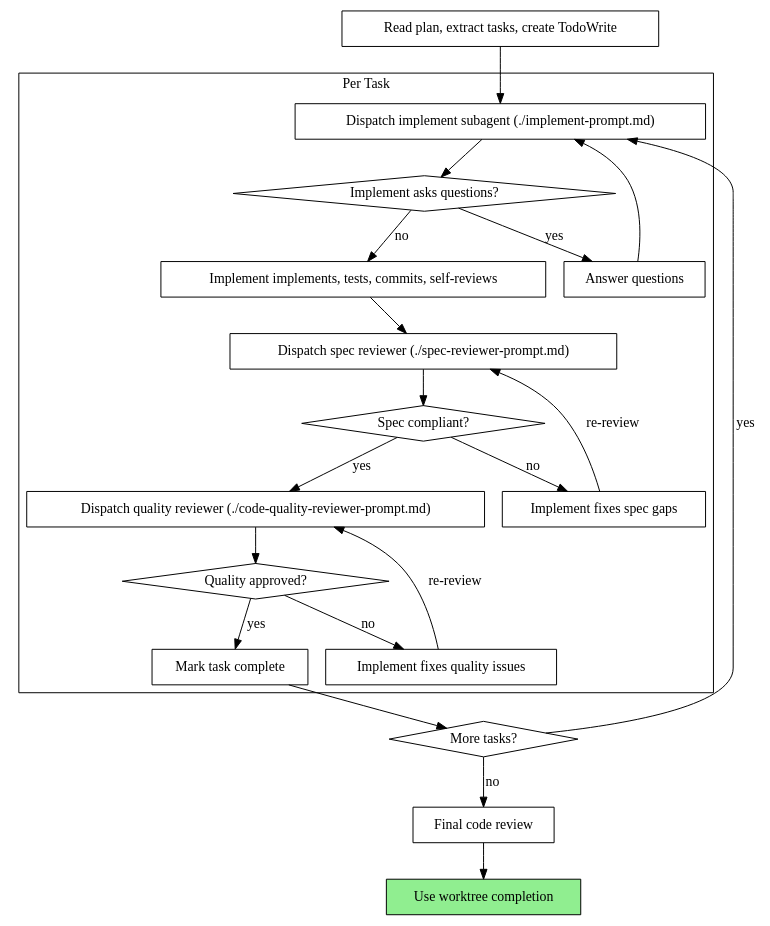
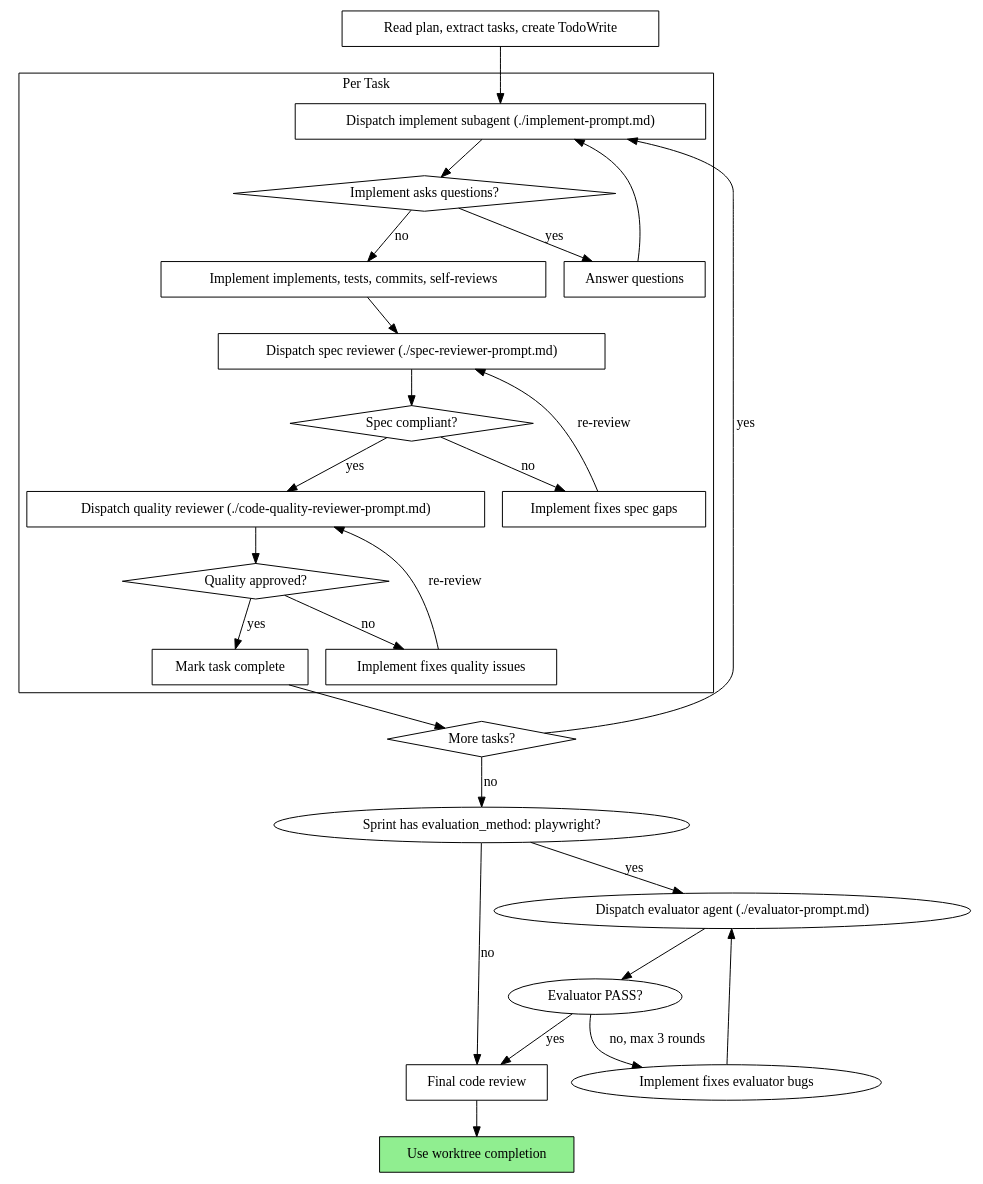
The second of 2 diagrams in skills/execute-flow/SKILL.md (cyanprot/magnusprot), drawn with Graphviz before and after one commit. The commit also changed other lines of this file and 2 other files, not shown here.

First line of the commit message:
feat: Phase 4 — add evaluator agent for Playwright black-box testing

````diff
--- a/skills/execute-flow/SKILL.md
+++ b/skills/execute-flow/SKILL.md
@@ -113,44 +113,50 @@
 ```dot
 digraph process {
     rankdir=TB;
 
     subgraph cluster_per_task {
         label="Per Task";
         "Dispatch implement subagent (./implement-prompt.md)" [shape=box];
         "Implement asks questions?" [shape=diamond];
         "Answer questions" [shape=box];
         "Implement implements, tests, commits, self-reviews" [shape=box];
         "Dispatch spec reviewer (./spec-reviewer-prompt.md)" [shape=box];
         "Spec compliant?" [shape=diamond];
         "Implement fixes spec gaps" [shape=box];
         "Dispatch quality reviewer (./code-quality-reviewer-prompt.md)" [shape=box];
         "Quality approved?" [shape=diamond];
         "Implement fixes quality issues" [shape=box];
         "Mark task complete" [shape=box];
     }
 
     "Read plan, extract tasks, create TodoWrite" [shape=box];
     "More tasks?" [shape=diamond];
     "Final code review" [shape=box];
     "Use worktree completion" [shape=box style=filled fillcolor=lightgreen];
 
     "Read plan, extract tasks, create TodoWrite" -> "Dispatch implement subagent (./implement-prompt.md)";
     "Dispatch implement subagent (./implement-prompt.md)" -> "Implement asks questions?";
     "Implement asks questions?" -> "Answer questions" [label="yes"];
     "Answer questions" -> "Dispatch implement subagent (./implement-prompt.md)";
     "Implement asks questions?" -> "Implement implements, tests, commits, self-reviews" [label="no"];
     "Implement implements, tests, commits, self-reviews" -> "Dispatch spec reviewer (./spec-reviewer-prompt.md)";
     "Dispatch spec reviewer (./spec-reviewer-prompt.md)" -> "Spec compliant?";
     "Spec compliant?" -> "Implement fixes spec gaps" [label="no"];
     "Implement fixes spec gaps" -> "Dispatch spec reviewer (./spec-reviewer-prompt.md)" [label="re-review"];
     "Spec compliant?" -> "Dispatch quality reviewer (./code-quality-reviewer-prompt.md)" [label="yes"];
     "Dispatch quality reviewer (./code-quality-reviewer-prompt.md)" -> "Quality approved?";
     "Quality approved?" -> "Implement fixes quality issues" [label="no"];
     "Implement fixes quality issues" -> "Dispatch quality reviewer (./code-quality-reviewer-prompt.md)" [label="re-review"];
     "Quality approved?" -> "Mark task complete" [label="yes"];
     "Mark task complete" -> "More tasks?";
     "More tasks?" -> "Dispatch implement subagent (./implement-prompt.md)" [label="yes"];
-    "More tasks?" -> "Final code review" [label="no"];
+    "More tasks?" -> "Sprint has evaluation_method: playwright?" [label="no"];
+    "Sprint has evaluation_method: playwright?" -> "Dispatch evaluator agent (./evaluator-prompt.md)" [label="yes"];
+    "Sprint has evaluation_method: playwright?" -> "Final code review" [label="no"];
+    "Dispatch evaluator agent (./evaluator-prompt.md)" -> "Evaluator PASS?";
+    "Evaluator PASS?" -> "Final code review" [label="yes"];
+    "Evaluator PASS?" -> "Implement fixes evaluator bugs" [label="no, max 3 rounds"];
+    "Implement fixes evaluator bugs" -> "Dispatch evaluator agent (./evaluator-prompt.md)";
     "Final code review" -> "Use worktree completion";
 }
 ```
````
